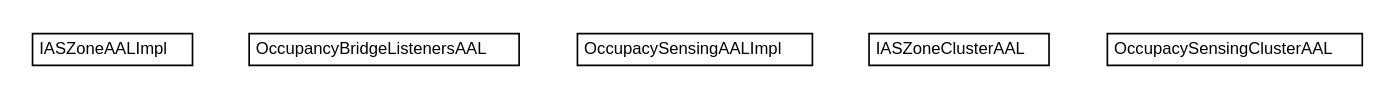
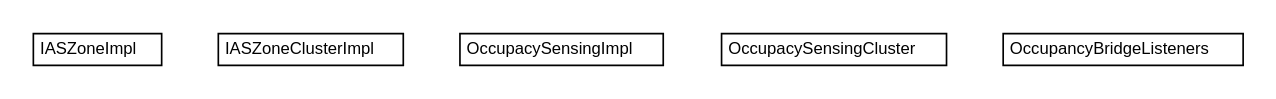
The diagram in lddi.pom/apidocs/org/universAAL/lddi/zigbee/commissioning/clusters/impl/org.universAAL.lddi.zigbee.commissioning.clusters.impl.dot (universAAL/lddi), drawn with Graphviz before and after one commit. The commit also changed 2200 other files, not shown here.

```diff
--- a/lddi.pom/apidocs/org/universAAL/lddi/zigbee/commissioning/clusters/impl/org.universAAL.lddi.zigbee.commissioning.clusters.impl.dot
+++ b/lddi.pom/apidocs/org/universAAL/lddi/zigbee/commissioning/clusters/impl/org.universAAL.lddi.zigbee.commissioning.clusters.impl.dot
@@ -1,42 +1,42 @@
 #!/usr/local/bin/dot
 #
 # Class diagram 
 # Generated by UMLGraph version R5_6-24-gf6e263 (http://www.umlgraph.org/)
 #
 
 digraph G {
 	edge [fontname="Helvetica",fontsize=10,labelfontname="Helvetica",labelfontsize=10];
 	node [fontname="Helvetica",fontsize=10,shape=plaintext];
 	nodesep=0.25;
 	ranksep=0.5;
-	// org.universAAL.lddi.zigbee.commissioning.clusters.impl.IASZoneAALImpl
-	c34740 [label=<<table title="org.universAAL.lddi.zigbee.commissioning.clusters.impl.IASZoneAALImpl" border="0" cellborder="1" cellspacing="0" cellpadding="2" port="p" href="./IASZoneAALImpl.html">
+	// org.universAAL.lddi.zigbee.commissioning.clusters.impl.IASZoneImpl
+	c34740 [label=<<table title="org.universAAL.lddi.zigbee.commissioning.clusters.impl.IASZoneImpl" border="0" cellborder="1" cellspacing="0" cellpadding="2" port="p" href="./IASZoneImpl.html">
 		<tr><td><table border="0" cellspacing="0" cellpadding="1">
-<tr><td align="center" balign="center"> IASZoneAALImpl </td></tr>
+<tr><td align="center" balign="center"> IASZoneImpl </td></tr>
 		</table></td></tr>
-		</table>>, URL="./IASZoneAALImpl.html", fontname="Helvetica", fontcolor="black", fontsize=10.0];
-	// org.universAAL.lddi.zigbee.commissioning.clusters.impl.OccupancyBridgeListenersAAL
-	c34741 [label=<<table title="org.universAAL.lddi.zigbee.commissioning.clusters.impl.OccupancyBridgeListenersAAL" border="0" cellborder="1" cellspacing="0" cellpadding="2" port="p" href="./OccupancyBridgeListenersAAL.html">
+		</table>>, URL="./IASZoneImpl.html", fontname="Helvetica", fontcolor="black", fontsize=10.0];
+	// org.universAAL.lddi.zigbee.commissioning.clusters.impl.IASZoneClusterImpl
+	c34741 [label=<<table title="org.universAAL.lddi.zigbee.commissioning.clusters.impl.IASZoneClusterImpl" border="0" cellborder="1" cellspacing="0" cellpadding="2" port="p" href="./IASZoneClusterImpl.html">
 		<tr><td><table border="0" cellspacing="0" cellpadding="1">
-<tr><td align="center" balign="center"> OccupancyBridgeListenersAAL </td></tr>
+<tr><td align="center" balign="center"> IASZoneClusterImpl </td></tr>
 		</table></td></tr>
-		</table>>, URL="./OccupancyBridgeListenersAAL.html", fontname="Helvetica", fontcolor="black", fontsize=10.0];
-	// org.universAAL.lddi.zigbee.commissioning.clusters.impl.OccupacySensingAALImpl
-	c34742 [label=<<table title="org.universAAL.lddi.zigbee.commissioning.clusters.impl.OccupacySensingAALImpl" border="0" cellborder="1" cellspacing="0" cellpadding="2" port="p" href="./OccupacySensingAALImpl.html">
+		</table>>, URL="./IASZoneClusterImpl.html", fontname="Helvetica", fontcolor="black", fontsize=10.0];
+	// org.universAAL.lddi.zigbee.commissioning.clusters.impl.OccupacySensingImpl
+	c34742 [label=<<table title="org.universAAL.lddi.zigbee.commissioning.clusters.impl.OccupacySensingImpl" border="0" cellborder="1" cellspacing="0" cellpadding="2" port="p" href="./OccupacySensingImpl.html">
 		<tr><td><table border="0" cellspacing="0" cellpadding="1">
-<tr><td align="center" balign="center"> OccupacySensingAALImpl </td></tr>
+<tr><td align="center" balign="center"> OccupacySensingImpl </td></tr>
 		</table></td></tr>
-		</table>>, URL="./OccupacySensingAALImpl.html", fontname="Helvetica", fontcolor="black", fontsize=10.0];
-	// org.universAAL.lddi.zigbee.commissioning.clusters.impl.IASZoneClusterAAL
-	c34743 [label=<<table title="org.universAAL.lddi.zigbee.commissioning.clusters.impl.IASZoneClusterAAL" border="0" cellborder="1" cellspacing="0" cellpadding="2" port="p" href="./IASZoneClusterAAL.html">
+		</table>>, URL="./OccupacySensingImpl.html", fontname="Helvetica", fontcolor="black", fontsize=10.0];
+	// org.universAAL.lddi.zigbee.commissioning.clusters.impl.OccupacySensingCluster
+	c34743 [label=<<table title="org.universAAL.lddi.zigbee.commissioning.clusters.impl.OccupacySensingCluster" border="0" cellborder="1" cellspacing="0" cellpadding="2" port="p" href="./OccupacySensingCluster.html">
 		<tr><td><table border="0" cellspacing="0" cellpadding="1">
-<tr><td align="center" balign="center"> IASZoneClusterAAL </td></tr>
+<tr><td align="center" balign="center"> OccupacySensingCluster </td></tr>
 		</table></td></tr>
-		</table>>, URL="./IASZoneClusterAAL.html", fontname="Helvetica", fontcolor="black", fontsize=10.0];
-	// org.universAAL.lddi.zigbee.commissioning.clusters.impl.OccupacySensingClusterAAL
-	c34744 [label=<<table title="org.universAAL.lddi.zigbee.commissioning.clusters.impl.OccupacySensingClusterAAL" border="0" cellborder="1" cellspacing="0" cellpadding="2" port="p" href="./OccupacySensingClusterAAL.html">
+		</table>>, URL="./OccupacySensingCluster.html", fontname="Helvetica", fontcolor="black", fontsize=10.0];
+	// org.universAAL.lddi.zigbee.commissioning.clusters.impl.OccupancyBridgeListeners
+	c34744 [label=<<table title="org.universAAL.lddi.zigbee.commissioning.clusters.impl.OccupancyBridgeListeners" border="0" cellborder="1" cellspacing="0" cellpadding="2" port="p" href="./OccupancyBridgeListeners.html">
 		<tr><td><table border="0" cellspacing="0" cellpadding="1">
-<tr><td align="center" balign="center"> OccupacySensingClusterAAL </td></tr>
+<tr><td align="center" balign="center"> OccupancyBridgeListeners </td></tr>
 		</table></td></tr>
-		</table>>, URL="./OccupacySensingClusterAAL.html", fontname="Helvetica", fontcolor="black", fontsize=10.0];
+		</table>>, URL="./OccupancyBridgeListeners.html", fontname="Helvetica", fontcolor="black", fontsize=10.0];
 }
```
